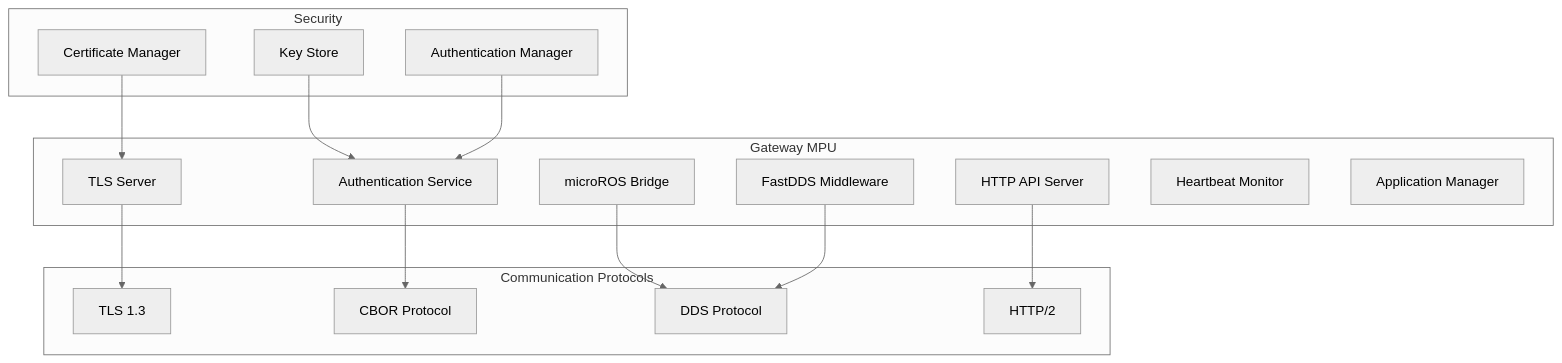
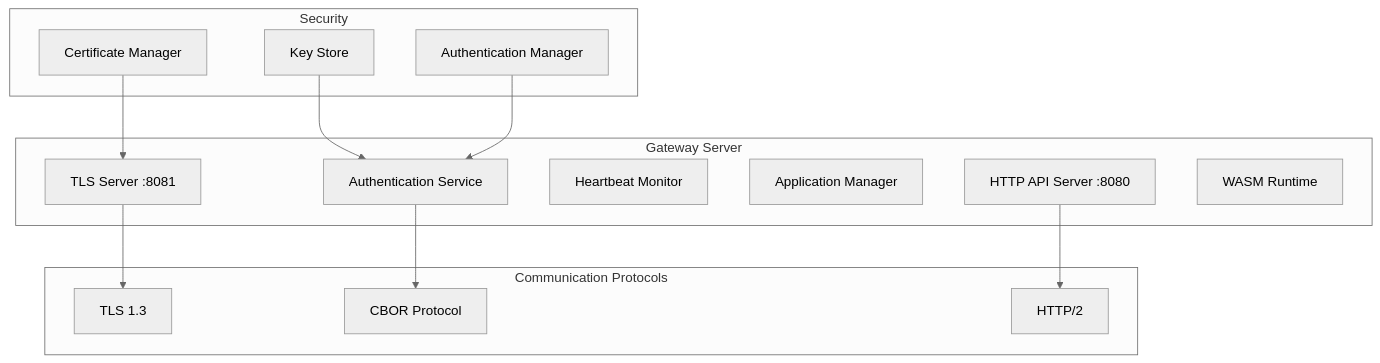
One commit to lucadagati/retrospect changed the third of 4 diagrams in retrospect/docs/architecture/system-overview.md. Above: the diagram before and after it, drawn with Mermaid (neutral theme). The commit also changed other lines of this file and 48 other files, not shown here.

````diff
--- a/retrospect/docs/architecture/system-overview.md
+++ b/retrospect/docs/architecture/system-overview.md
@@ -165,35 +129,31 @@
 ```mermaid
 graph TB
-    subgraph "Gateway MPU"
-        HTTP[HTTP API Server]
-        TLS_SRV[TLS Server]
-        MR_BRIDGE[microROS Bridge]
-        FDDS_MW[FastDDS Middleware]
-        AUTH_SRV[Authentication Service]
+    subgraph "Gateway Server"
+        HTTP[HTTP API Server :8080]
+        TLS_SRV[TLS Server :8081]
         HB_MON[Heartbeat Monitor]
         APP_MGR[Application Manager]
+        AUTH_SRV[Authentication Service]
+        WASM_RT[WASM Runtime]
     end
     
     subgraph "Communication Protocols"
         TLS_PROTO[TLS 1.3]
         CBOR_PROTO[CBOR Protocol]
-        DDS_PROTO[DDS Protocol]
         HTTP_PROTO[HTTP/2]
     end
     
     subgraph "Security"
         CERT_MGR[Certificate Manager]
         KEY_STORE[Key Store]
         AUTH_MGR[Authentication Manager]
     end
     
     HTTP --> HTTP_PROTO
     TLS_SRV --> TLS_PROTO
-    MR_BRIDGE --> DDS_PROTO
-    FDDS_MW --> DDS_PROTO
     AUTH_SRV --> CBOR_PROTO
     
     CERT_MGR --> TLS_SRV
     KEY_STORE --> AUTH_SRV
     AUTH_MGR --> AUTH_SRV
 ```
````
